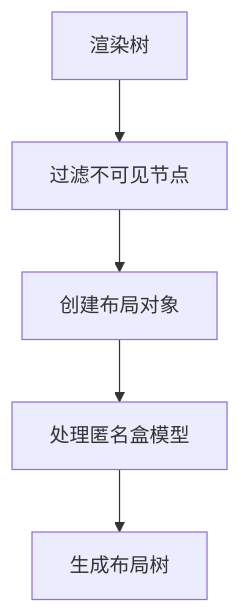
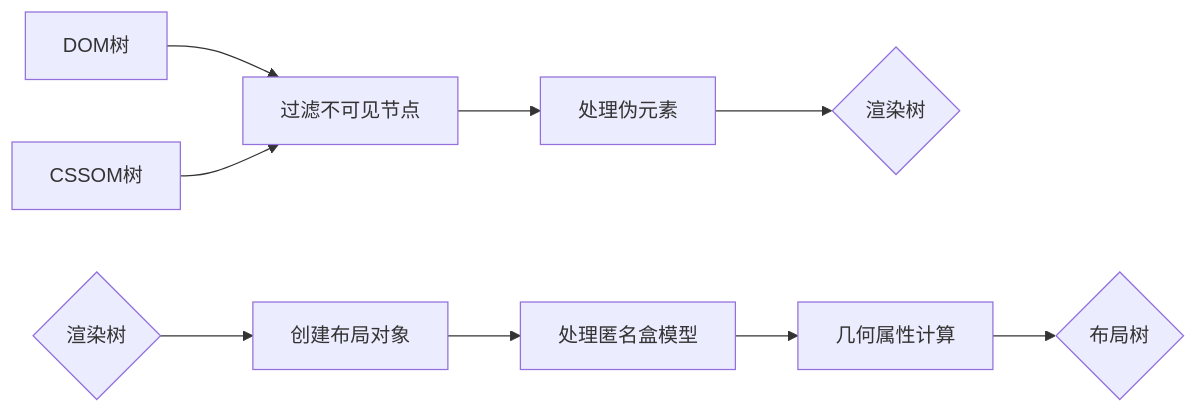
Before and after one commit to jianhua1996/vitepress-blog: the first of 3 diagrams in posts/浏览器渲染原理（二）.md, drawn with Mermaid. The commit also changed other lines of this file and 2 other files, not shown here.

````diff
--- a/posts/浏览器渲染原理（二）.md
+++ b/posts/浏览器渲染原理（二）.md
@@ -31,7 +29,11 @@
 ```mermaid
-  flowchart TD
-  A[渲染树] --> B[过滤不可见节点]
-  B --> C[创建布局对象]
-  C --> D[处理匿名盒模型]
-  D --> E[生成布局树]
+  flowchart LR
+    X[DOM树] --> A[过滤不可见节点]
+    Y[CSSOM树] --> A
+    A --> B[处理伪元素]
+    B--> C{渲染树}
+    C1{渲染树} --> D[创建布局对象]
+    D --> E[处理匿名盒模型]
+    E--> F[几何属性计算]
+    F --> G{布局树}
 ```
````
